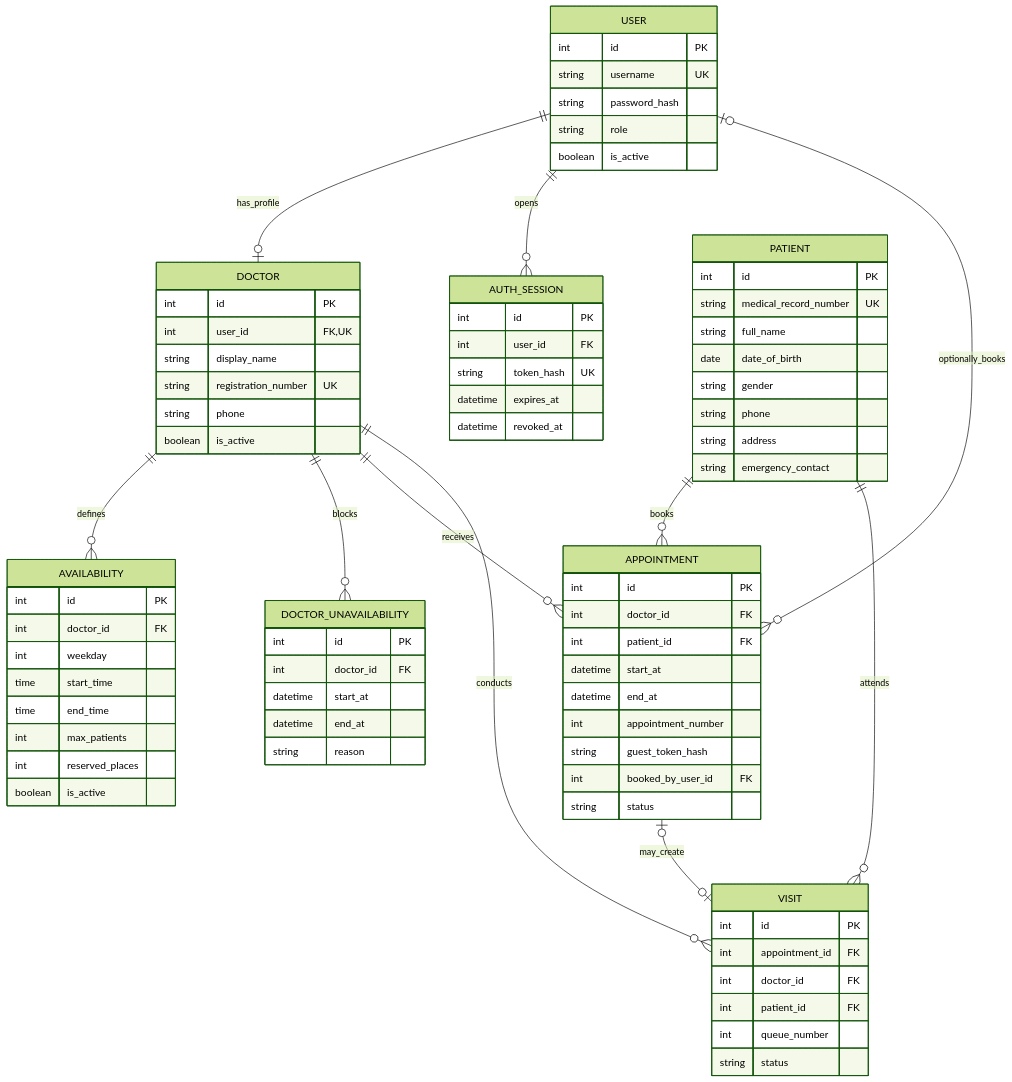
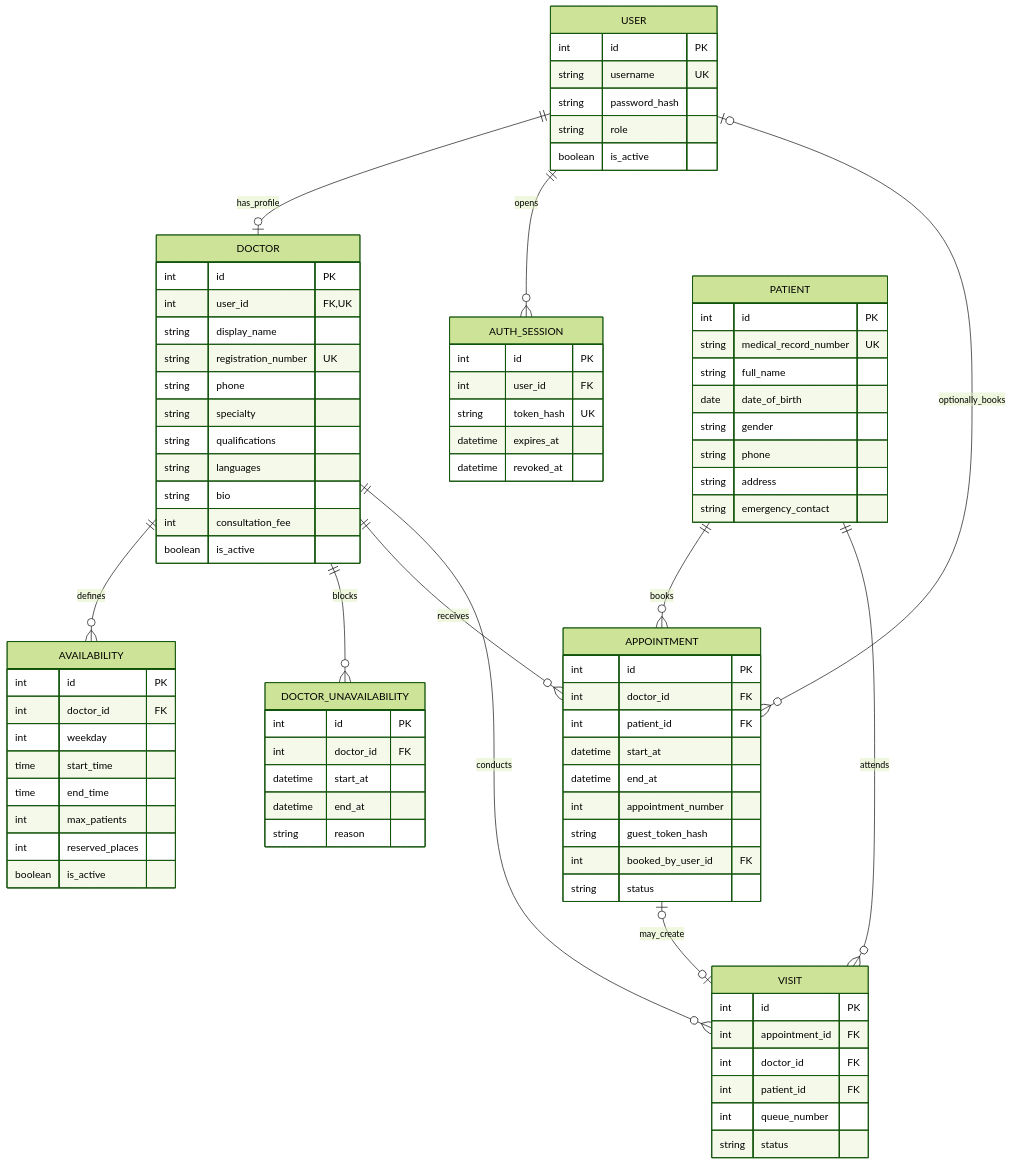
The diagram in medical-clinic-erd.mmd (vidurukalpana/medical-clinic-management-web-app), drawn with Mermaid (forest theme) before and after one commit. The commit also changed 22 other files, not shown here.

```diff
--- a/medical-clinic-erd.mmd
+++ b/medical-clinic-erd.mmd
@@ -1,87 +1,92 @@
 erDiagram
     USER ||--o| DOCTOR : has_profile
     USER ||--o{ AUTH_SESSION : opens
     USER o|--o{ APPOINTMENT : optionally_books
     DOCTOR ||--o{ AVAILABILITY : defines
     DOCTOR ||--o{ DOCTOR_UNAVAILABILITY : blocks
     DOCTOR ||--o{ APPOINTMENT : receives
     PATIENT ||--o{ APPOINTMENT : books
     APPOINTMENT o|--o| VISIT : may_create
     DOCTOR ||--o{ VISIT : conducts
     PATIENT ||--o{ VISIT : attends
 
     USER {
         int id PK
         string username UK
         string password_hash
         string role
         boolean is_active
     }
 
     AUTH_SESSION {
         int id PK
         int user_id FK
         string token_hash UK
         datetime expires_at
         datetime revoked_at
     }
 
     DOCTOR {
         int id PK
         int user_id FK, UK
         string display_name
         string registration_number UK
         string phone
+        string specialty
+        string qualifications
+        string languages
+        string bio
+        int consultation_fee
         boolean is_active
     }
 
     PATIENT {
         int id PK
         string medical_record_number UK
         string full_name
         date date_of_birth
         string gender
         string phone
         string address
         string emergency_contact
     }
 
     AVAILABILITY {
         int id PK
         int doctor_id FK
         int weekday
         time start_time
         time end_time
         int max_patients
         int reserved_places
         boolean is_active
     }
 
     DOCTOR_UNAVAILABILITY {
         int id PK
         int doctor_id FK
         datetime start_at
         datetime end_at
         string reason
     }
 
     APPOINTMENT {
         int id PK
         int doctor_id FK
         int patient_id FK
         datetime start_at
         datetime end_at
         int appointment_number
         string guest_token_hash
         int booked_by_user_id FK
         string status
     }
 
     VISIT {
         int id PK
         int appointment_id FK
         int doctor_id FK
         int patient_id FK
         int queue_number
         string status
     }
```
